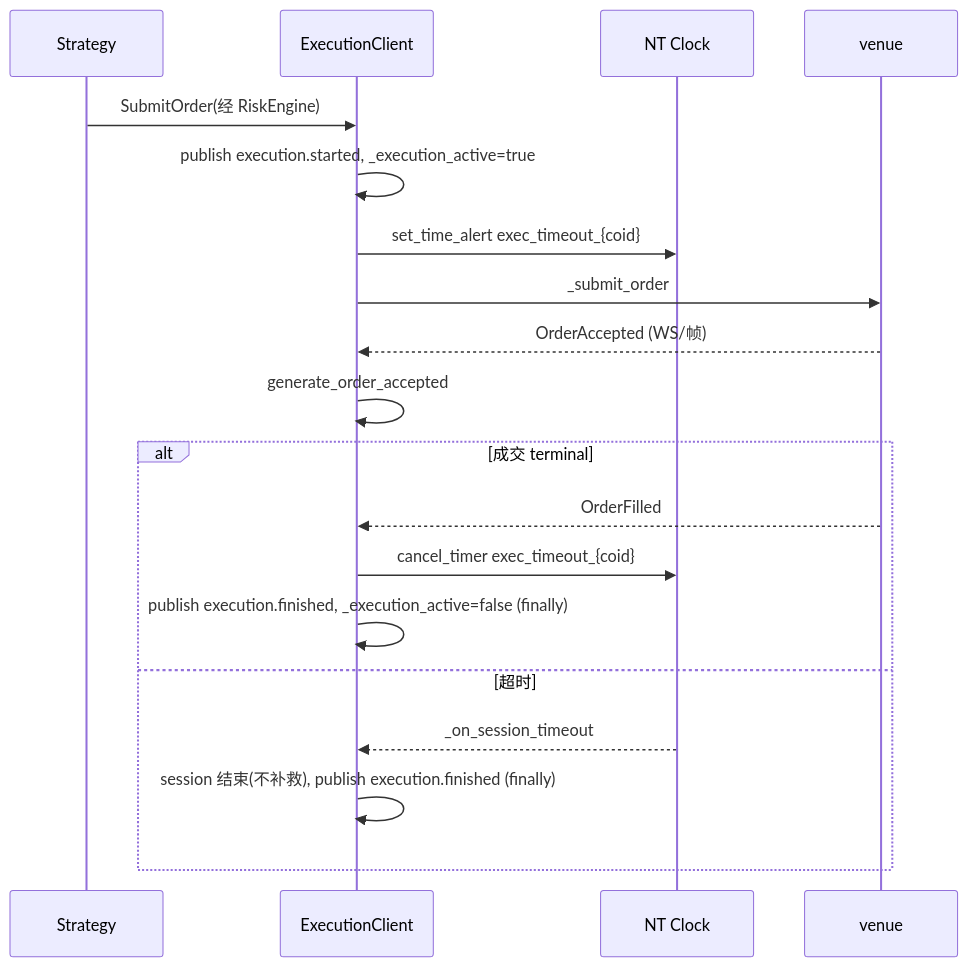
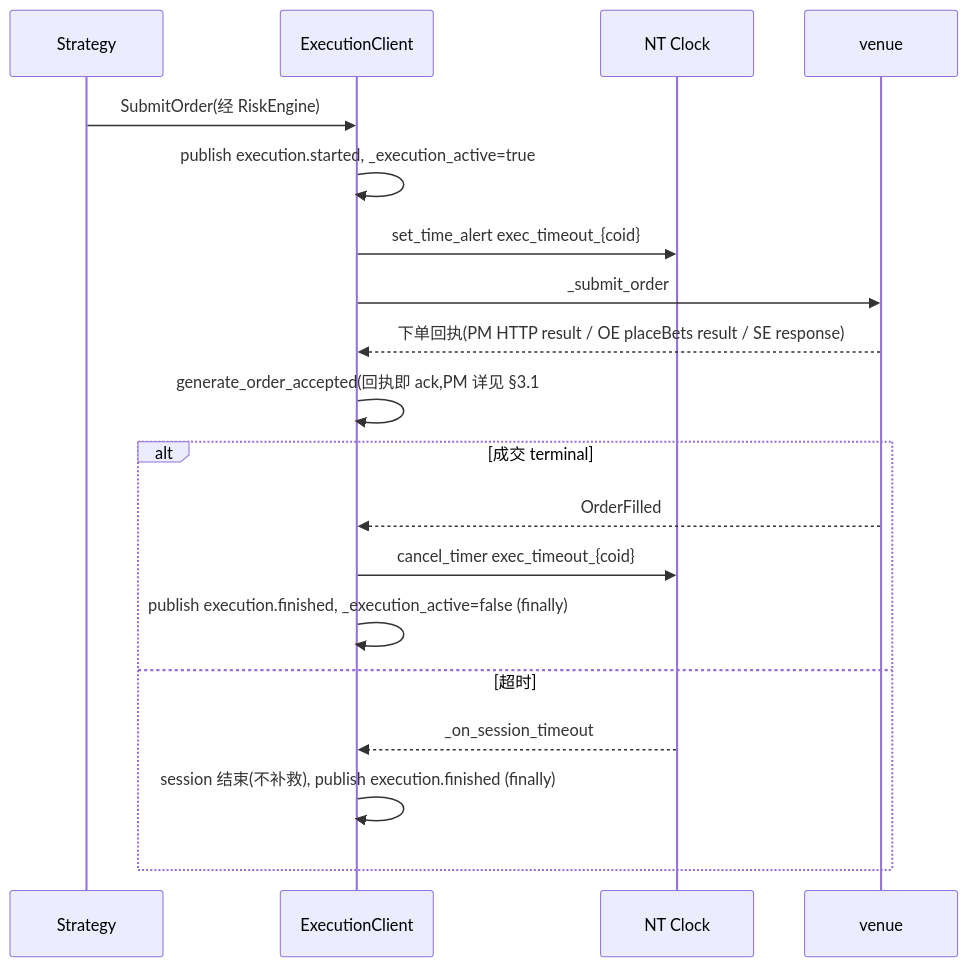
Before and after one commit to psnewer/nautilus_trader: the fourth of 5 diagrams in docs/arbitrage/architectures/execution/architecture.md, drawn with Mermaid. The commit also changed other lines of this file and 13 other files, not shown here.

````diff
--- a/docs/arbitrage/architectures/execution/architecture.md
+++ b/docs/arbitrage/architectures/execution/architecture.md
@@ -475,21 +490,21 @@
 ```mermaid
 sequenceDiagram
   participant ST as Strategy
   participant EC as ExecutionClient
   participant CK as NT Clock
   participant V as venue
   ST->>EC: SubmitOrder(经 RiskEngine)
   EC->>EC: publish execution.started, _execution_active=true
   EC->>CK: set_time_alert exec_timeout_{coid}
   EC->>V: _submit_order
-  V-->>EC: OrderAccepted (WS/帧)
-  EC->>EC: generate_order_accepted
+  V-->>EC: 下单回执(PM HTTP result / OE placeBets result / SE response)
+  EC->>EC: generate_order_accepted(回执即 ack,PM 详见 §3.1 #253)
   alt 成交 terminal
     V-->>EC: OrderFilled
     EC->>CK: cancel_timer exec_timeout_{coid}
     EC->>EC: publish execution.finished, _execution_active=false (finally)
   else 超时
     CK-->>EC: _on_session_timeout
     EC->>EC: session 结束(不补救), publish execution.finished (finally)
   end
 ```
````
